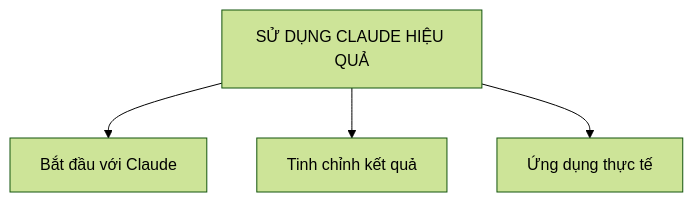
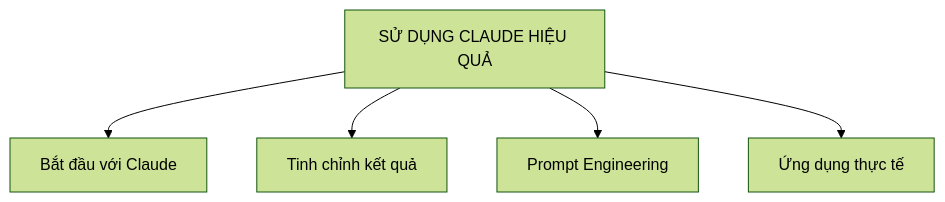
The diagram in Sử dụng Claude hiệu quả.md (nthoang1996/claude-knowledge), drawn with Mermaid (forest theme) before and after one commit. The commit also changed other lines of this file and 6 other files, not shown here.

````diff
--- a/Sử dụng Claude hiệu quả.md
+++ b/Sử dụng Claude hiệu quả.md
@@ -18,8 +18,9 @@
 ```mermaid
 graph TD
     Root["SỬ DỤNG CLAUDE HIỆU QUẢ"]
 
     Root --> A["Bắt đầu với Claude"]
     Root --> B["Tinh chỉnh kết quả"]
+    Root --> D["Prompt Engineering"]
     Root --> C["Ứng dụng thực tế"]
 ```
````
